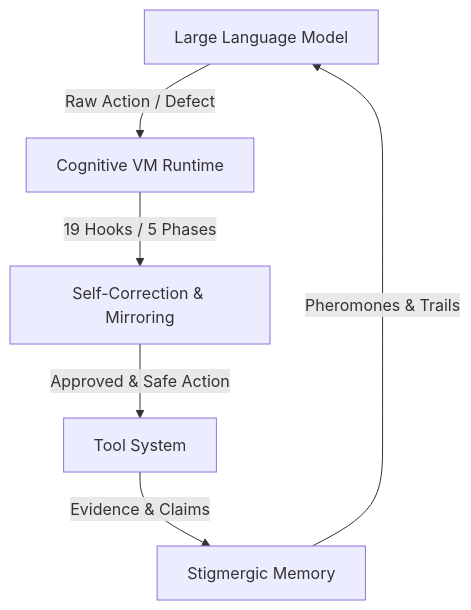
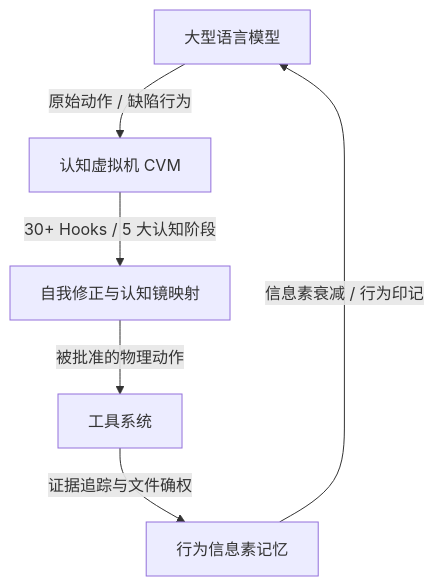
Before and after one commit to huiliyi37/Tianshu-Tui: the diagram in README.md, drawn with Mermaid. The commit also changed other lines of this file and 8 other files, not shown here.

Commit message:
docs(brand): README 中英分离 + 品牌宣传文档与图标升级

````diff
--- a/README.md
+++ b/README.md
@@ -131,8 +180,8 @@
 ```mermaid
 graph TD
-    LLM[Large Language Model] -->|Raw Action / Defect| CVM[Cognitive VM Runtime]
-    CVM -->|19 Hooks / 5 Phases| Engine[Self-Correction & Mirroring]
-    Engine -->|Approved & Safe Action| Tools[Tool System]
-    Tools -->|Evidence & Claims| Stigmergy[Stigmergic Memory]
-    Stigmergy -->|Pheromones & Trails| LLM
+    LLM[大型语言模型] -->|原始动作 / 缺陷行为| CVM[认知虚拟机 CVM]
+    CVM -->|30+ Hooks / 5 大认知阶段| Engine[自我修正与认知镜映射]
+    Engine -->|被批准的物理动作| Tools[工具系统]
+    Tools -->|证据追踪与文件确权| Stigmergy[行为信息素记忆]
+    Stigmergy -->|信息素衰减 / 行为印记| LLM
 ```
````
